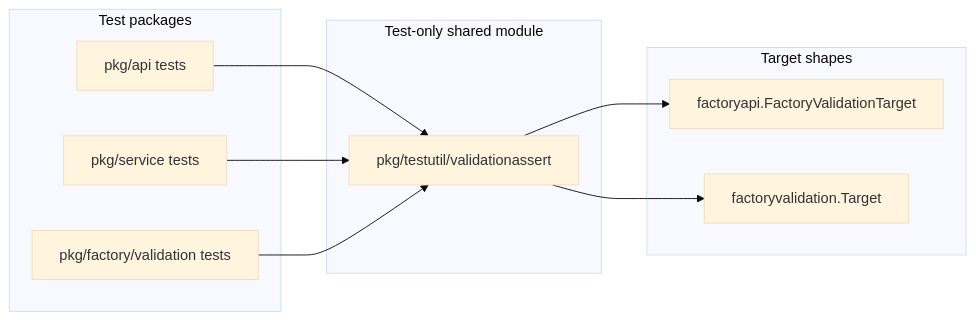
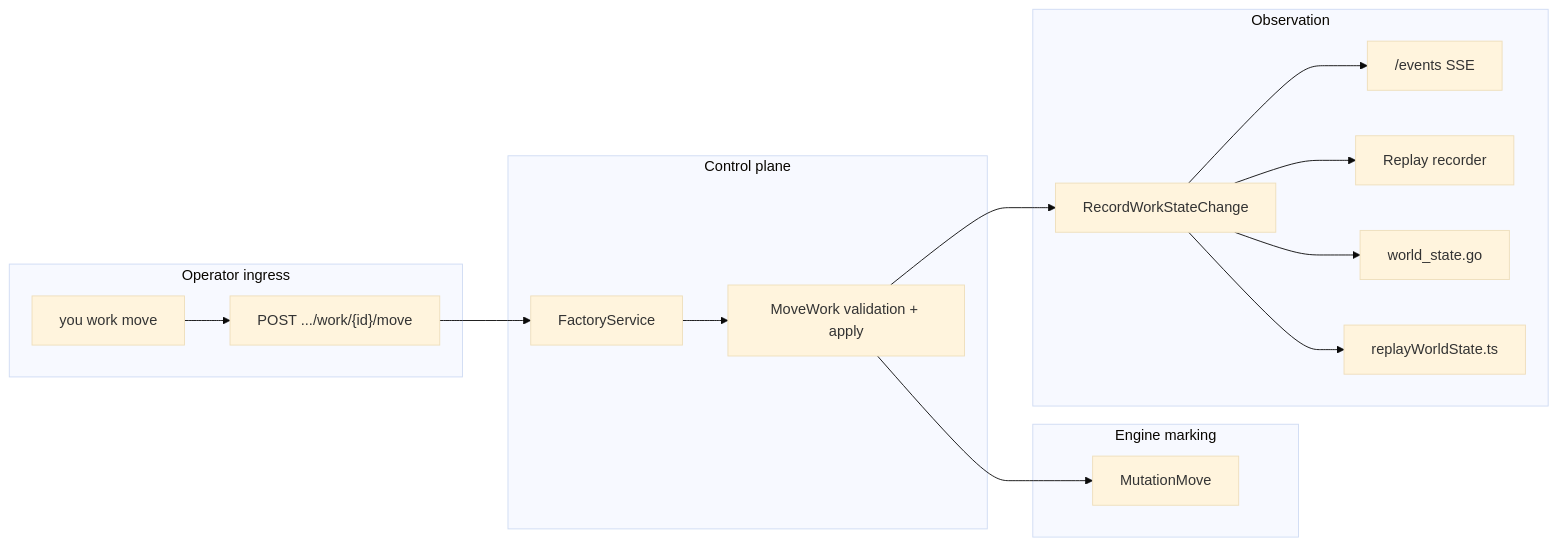
The diagram in prd.md (portpowered/you-agent-factory), drawn with Mermaid (base theme) before and after one commit. The commit also changed other lines of this file and 2 other files, not shown here.

Commit message:
chore: track prd-work-manual-recovery-004 completion locally

````diff
--- a/prd.md
+++ b/prd.md
@@ -136,20 +84,27 @@
 ```mermaid
 flowchart LR
-  subgraph tests [Test packages]
-    API[pkg/api tests]
-    SVC[pkg/service tests]
-    VAL[pkg/factory/validation tests]
+  subgraph ingress [Operator ingress]
+    CLI["you work move"]
+    API["POST .../work/{id}/move"]
   end
-  subgraph shared [Test-only shared module]
-    VA[pkg/testutil/validationassert]
+  subgraph control [Control plane]
+    FS[FactoryService]
+    MV[MoveWork validation + apply]
   end
-  subgraph types [Target shapes]
-    APIType[factoryapi.FactoryValidationTarget]
-    DomType[factoryvalidation.Target]
+  subgraph engine [Engine marking]
+    MUT[MutationMove]
   end
-  API --> VA
-  SVC --> VA
-  VAL --> VA
-  VA --> APIType
-  VA --> DomType
+  subgraph observe [Observation]
+    HIST[RecordWorkStateChange]
+    SSE["/events SSE"]
+    REC[Replay recorder]
+    GOPROJ[world_state.go]
+    UIPROJ[replayWorldState.ts]
+  end
+
+  CLI --> API --> FS --> MV --> MUT
+  MV --> HIST --> SSE
+  HIST --> REC
+  HIST --> GOPROJ
+  HIST --> UIPROJ
 ```
````
